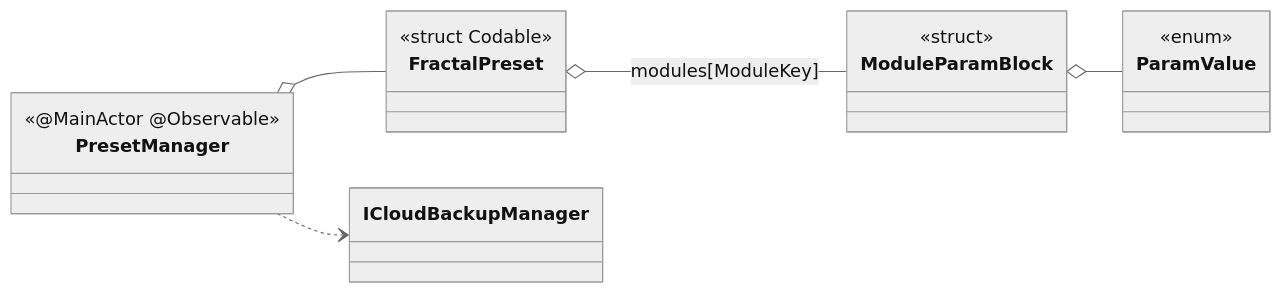
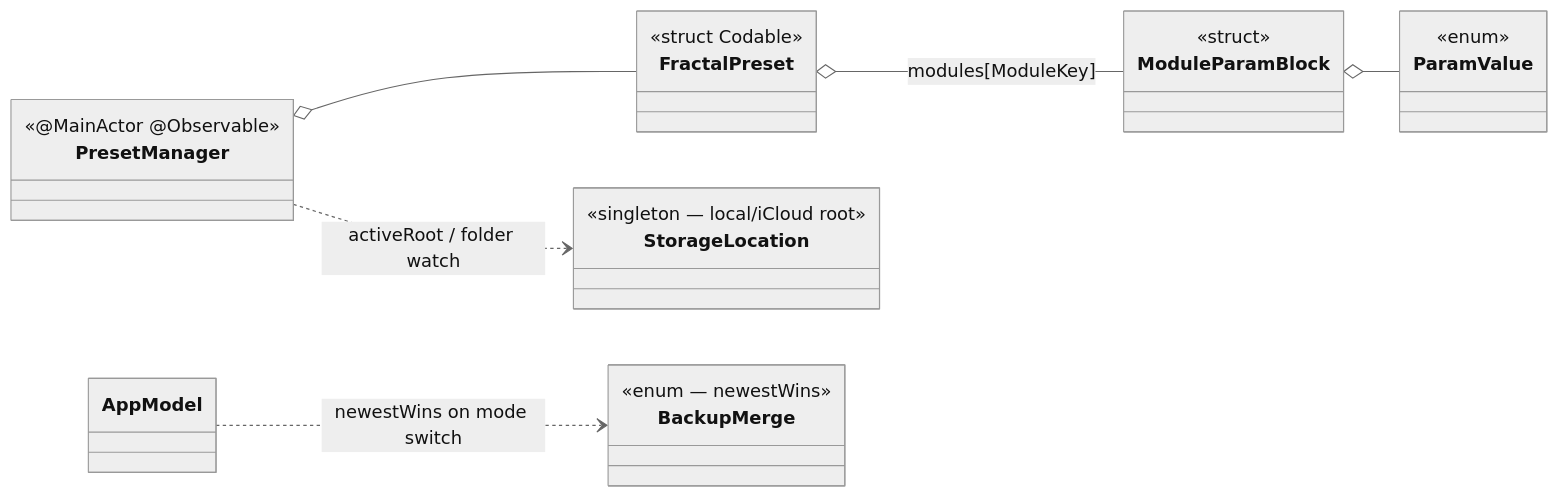
The sixth of 9 diagrams in Context/ARCHITECTURE_UML.md (Halopend/MetalRaymarch-main), drawn with Mermaid (neutral theme) before and after one commit. The commit also changed other lines of this file and 16 other files, not shown here.

````diff
--- a/Context/ARCHITECTURE_UML.md
+++ b/Context/ARCHITECTURE_UML.md
@@ -253,14 +250,16 @@
 ```mermaid
 classDiagram
     direction LR
     class PresetManager { <<@MainActor @Observable>> }
     class FractalPreset { <<struct Codable>> }
     class ModuleParamBlock { <<struct>> }
     class ParamValue { <<enum>> }
-    class ICloudBackupManager
+    class StorageLocation { <<singleton — local/iCloud root>> }
+    class BackupMerge { <<enum — newestWins>> }
 
     PresetManager o-- FractalPreset
     FractalPreset o-- ModuleParamBlock : modules[ModuleKey]
     ModuleParamBlock o-- ParamValue
-    PresetManager ..> ICloudBackupManager
+    PresetManager ..> StorageLocation : activeRoot / folder watch
+    AppModel ..> BackupMerge : newestWins on mode switch
 ```
````
